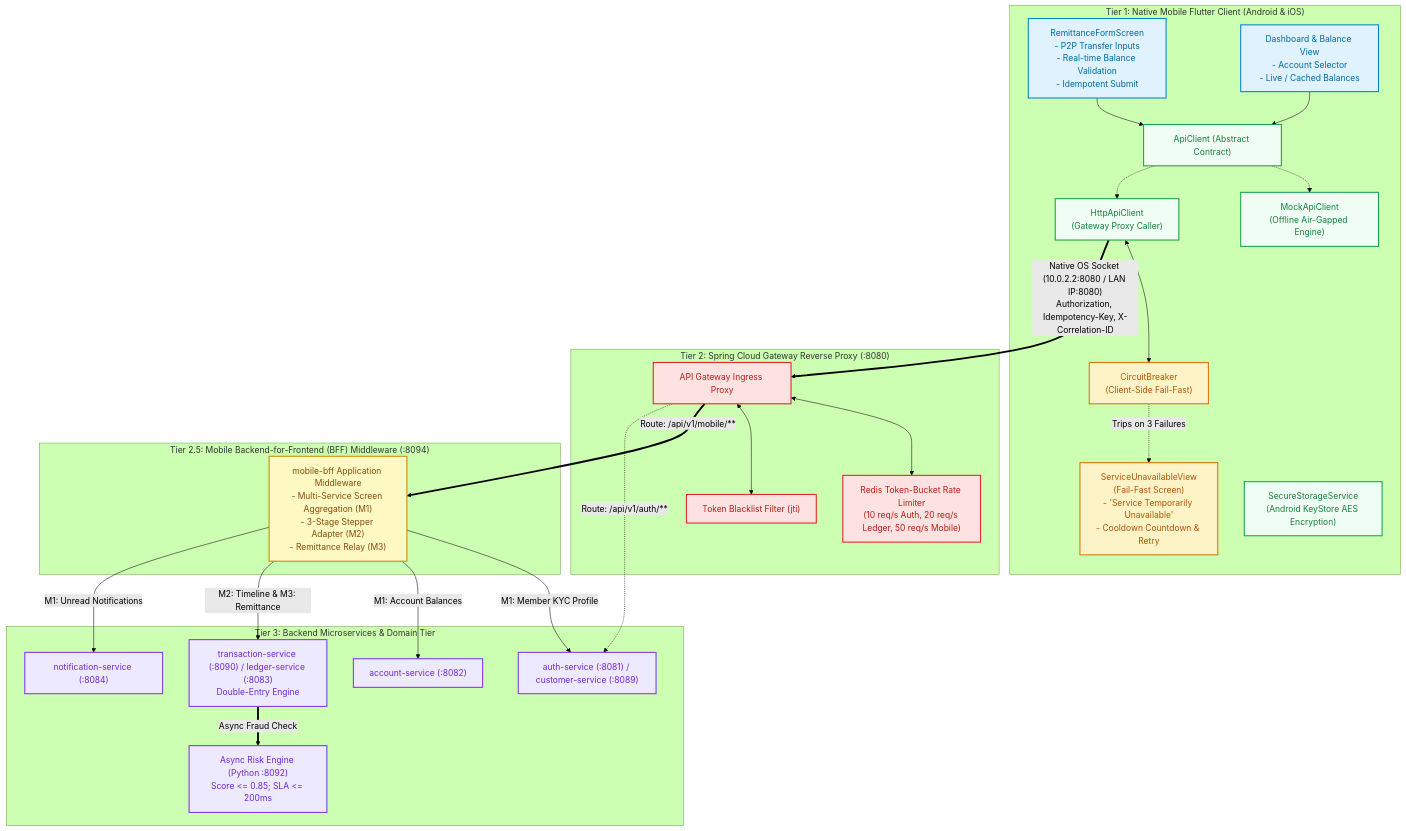
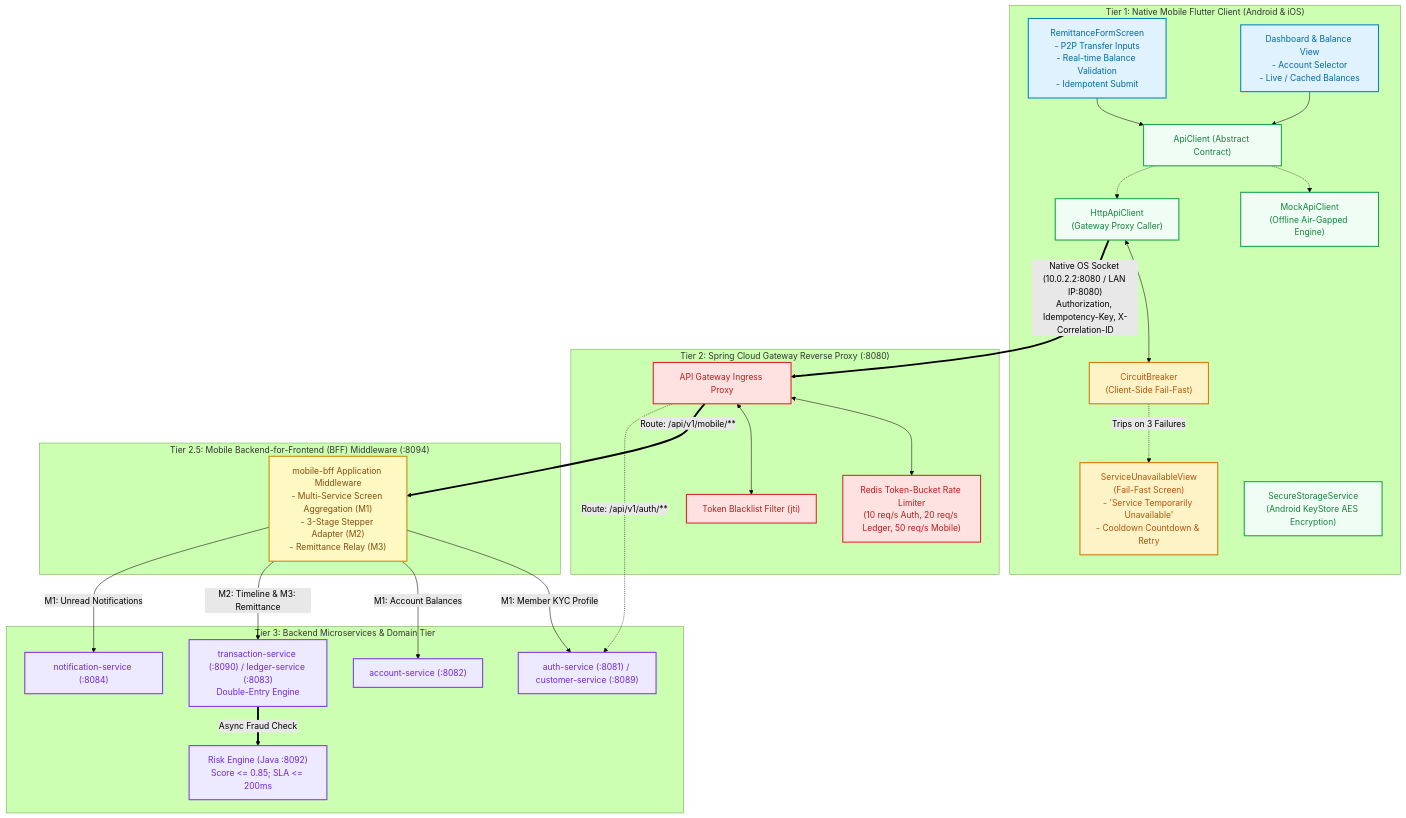
One commit to Sole248k/CooBS changed the diagram in docs/FLUTTER_FOUNDATION_ARCHITECTURE.md. Above: the diagram before and after it, drawn with Mermaid (forest theme). The commit also changed 2 other files, not shown here.

````diff
--- a/docs/FLUTTER_FOUNDATION_ARCHITECTURE.md
+++ b/docs/FLUTTER_FOUNDATION_ARCHITECTURE.md
@@ -80,62 +80,62 @@
 ```mermaid
 flowchart TB
     classDef flutterUI fill:#e0f2fe,stroke:#0284c7,stroke-width:2px,color:#0369a1;
     classDef flutterLogic fill:#f0fdf4,stroke:#16a34a,stroke-width:2px,color:#15803d;
     classDef flutterResilience fill:#fef3c7,stroke:#d97706,stroke-width:2px,color:#b45309;
     classDef edgeGateway fill:#fee2e2,stroke:#dc2626,stroke-width:2px,color:#b91c1c;
     classDef bffMiddleware fill:#fef9c3,stroke:#ca8a04,stroke-width:2px,color:#854d0e;
     classDef microservice fill:#ede9fe,stroke:#7c3aed,stroke-width:2px,color:#6d28d9;
     classDef datastore fill:#ffedd5,stroke:#ea580c,stroke-width:2px,color:#c2410c;
 
     subgraph TIER_FLUTTER ["Tier 1: Native Mobile Flutter Client (Android & iOS)"]
         UI_REMITTANCE["RemittanceFormScreen<br/>- P2P Transfer Inputs<br/>- Real-time Balance Validation<br/>- Idempotent Submit"]:::flutterUI
         UI_DASHBOARD["Dashboard & Balance View<br/>- Account Selector<br/>- Live / Cached Balances"]:::flutterUI
         UI_CIRCUIT["ServiceUnavailableView<br/>(Fail-Fast Screen)<br/>- 'Service Temporarily Unavailable'<br/>- Cooldown Countdown & Retry"]:::flutterResilience
 
         STORAGE_SECURE["SecureStorageService<br/>(Android KeyStore AES Encryption)"]:::flutterLogic
         API_INTERFACE["ApiClient (Abstract Contract)"]:::flutterLogic
         CLIENT_MOCK["MockApiClient<br/>(Offline Air-Gapped Engine)"]:::flutterLogic
         CLIENT_LIVE["HttpApiClient<br/>(Gateway Proxy Caller)"]:::flutterLogic
         CB["CircuitBreaker<br/>(Client-Side Fail-Fast)"]:::flutterResilience
     end
 
     subgraph TIER_GATEWAY ["Tier 2: Spring Cloud Gateway Reverse Proxy (:8080)"]
         GW["API Gateway Ingress Proxy"]:::edgeGateway
         GW_RATELIMIT["Redis Token-Bucket Rate Limiter<br/>(10 req/s Auth, 20 req/s Ledger, 50 req/s Mobile)"]:::edgeGateway
         GW_AUTH["Token Blacklist Filter (jti)"]:::edgeGateway
     end
 
     subgraph TIER_BFF ["Tier 2.5: Mobile Backend-for-Frontend (BFF) Middleware (:8094)"]
         BFF["mobile-bff Application Middleware<br/>- Multi-Service Screen Aggregation (M1)<br/>- 3-Stage Stepper Adapter (M2)<br/>- Remittance Relay (M3)"]:::bffMiddleware
     end
 
     subgraph TIER_SERVICES ["Tier 3: Backend Microservices & Domain Tier"]
         SRV_AUTH["auth-service (:8081) / customer-service (:8089)"]:::microservice
         SRV_ACCT["account-service (:8082)"]:::microservice
         SRV_TX["transaction-service (:8090) / ledger-service (:8083)<br/>Double-Entry Engine"]:::microservice
         SRV_NOTIF["notification-service (:8084)"]:::microservice
-        SRV_RISK["Async Risk Engine (Python :8092)<br/>Score &lt;= 0.85; SLA &lt;= 200ms"]:::microservice
+        SRV_RISK["Risk Engine (Java :8092)<br/>Score &lt;= 0.85; SLA &lt;= 200ms"]:::microservice
     end
 
     UI_REMITTANCE --> API_INTERFACE
     UI_DASHBOARD --> API_INTERFACE
     API_INTERFACE -.-> CLIENT_MOCK
     API_INTERFACE -.-> CLIENT_LIVE
 
     CLIENT_LIVE <--> CB
     CB -.->|"Trips on 3 Failures"| UI_CIRCUIT
     CLIENT_LIVE ==>|"Native OS Socket (10.0.2.2:8080 / LAN IP:8080)<br/>Authorization, Idempotency-Key, X-Correlation-ID"| GW
 
     GW <--> GW_RATELIMIT
     GW <--> GW_AUTH
 
     GW ==>|"Route: /api/v1/mobile/**"| BFF
     GW -.->|"Route: /api/v1/auth/**"| SRV_AUTH
 
     BFF -->|"M1: Member KYC Profile"| SRV_AUTH
     BFF -->|"M1: Account Balances"| SRV_ACCT
     BFF -->|"M2: Timeline & M3: Remittance"| SRV_TX
     BFF -->|"M1: Unread Notifications"| SRV_NOTIF
 
     SRV_TX ==>|"Async Fraud Check"| SRV_RISK
 ```
````
